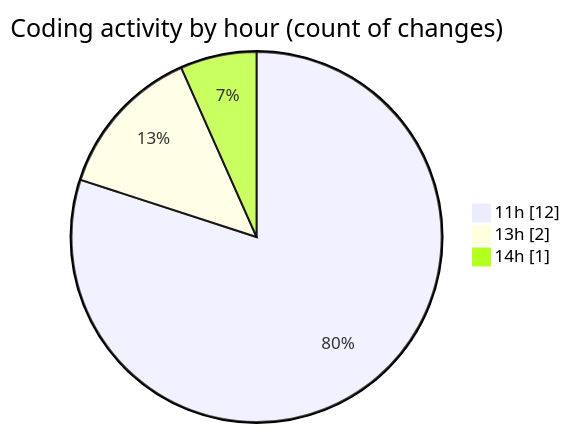
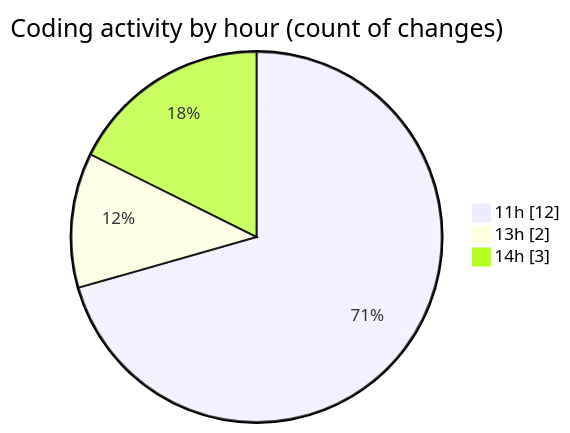
The second of 2 diagrams in 2025-04-17/belajar_flutter/README.md (idhammustaqopulfikri/code-tracking), drawn with Mermaid before and after one commit. The commit also changed other lines of this file and 1 other file, not shown here.

````diff
--- a/2025-04-17/belajar_flutter/README.md
+++ b/2025-04-17/belajar_flutter/README.md
@@ -34,7 +34,7 @@
 ```mermaid
 pie showData
 title Coding activity by hour (count of changes)
 "11h" : 12
 "13h" : 2
-"14h" : 1
+"14h" : 3
 ```
````
